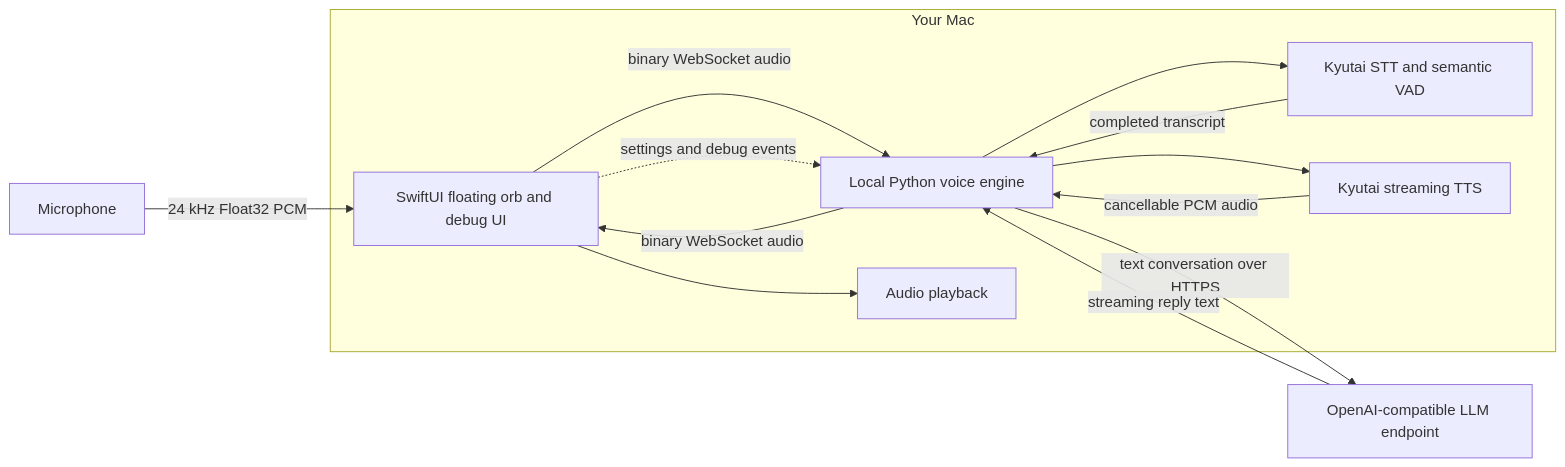
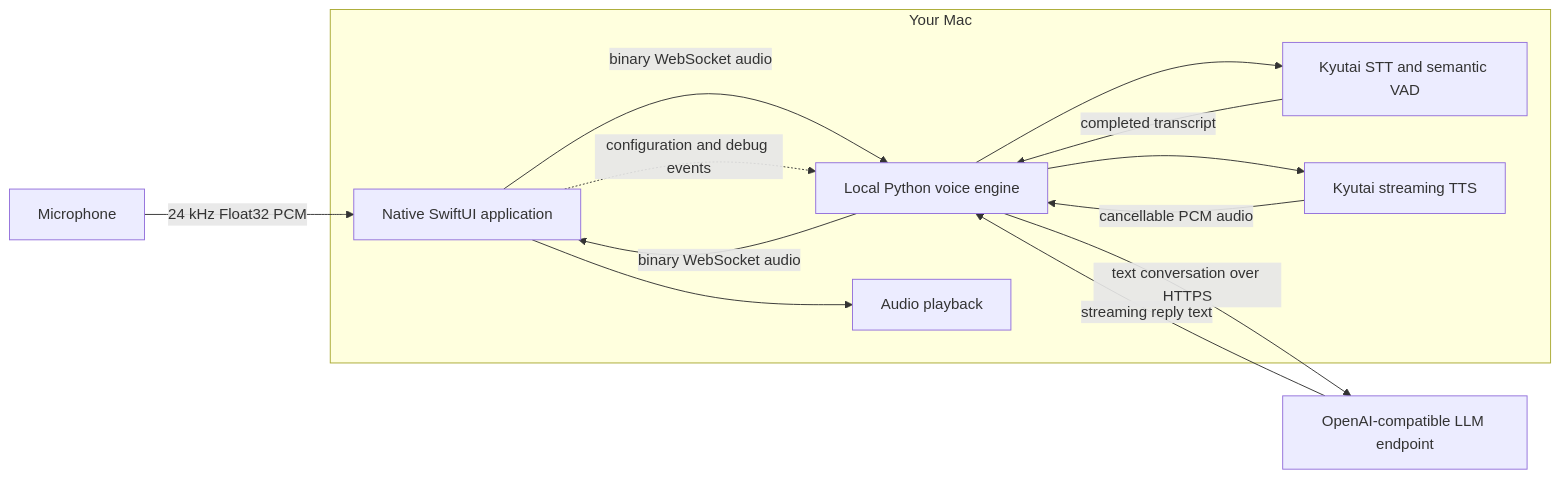
The diagram in README.md (sujalmandal/chirpy), drawn with Mermaid before and after one commit. The commit also changed other lines of this file, not shown here.

````diff
--- a/README.md
+++ b/README.md
@@ -61,25 +19,24 @@
 ```mermaid
 flowchart LR
-    mic[Microphone] -->|24 kHz Float32 PCM| app
+    microphone[Microphone] -->|24 kHz Float32 PCM| app
 
     subgraph mac[Your Mac]
-        app[SwiftUI floating orb and debug UI]
+        app[Native SwiftUI application]
         engine[Local Python voice engine]
         stt[Kyutai STT and semantic VAD]
         tts[Kyutai streaming TTS]
-        speakers[Audio playback]
+        output[Audio playback]
 
         app -->|binary WebSocket audio| engine
         engine --> stt
         stt -->|completed transcript| engine
         engine --> tts
         tts -->|cancellable PCM audio| engine
         engine -->|binary WebSocket audio| app
-        app --> speakers
+        app --> output
     end
 
     engine -->|text conversation over HTTPS| llm[OpenAI-compatible LLM endpoint]
     llm -->|streaming reply text| engine
-
-    app -.->|settings and debug events| engine
+    app -.->|configuration and debug events| engine
 ```
````
